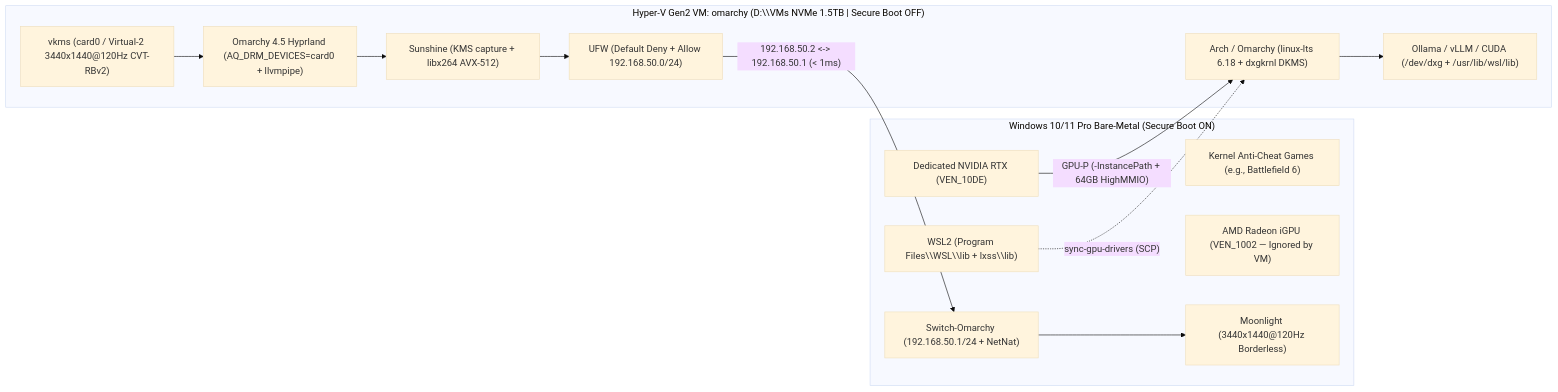
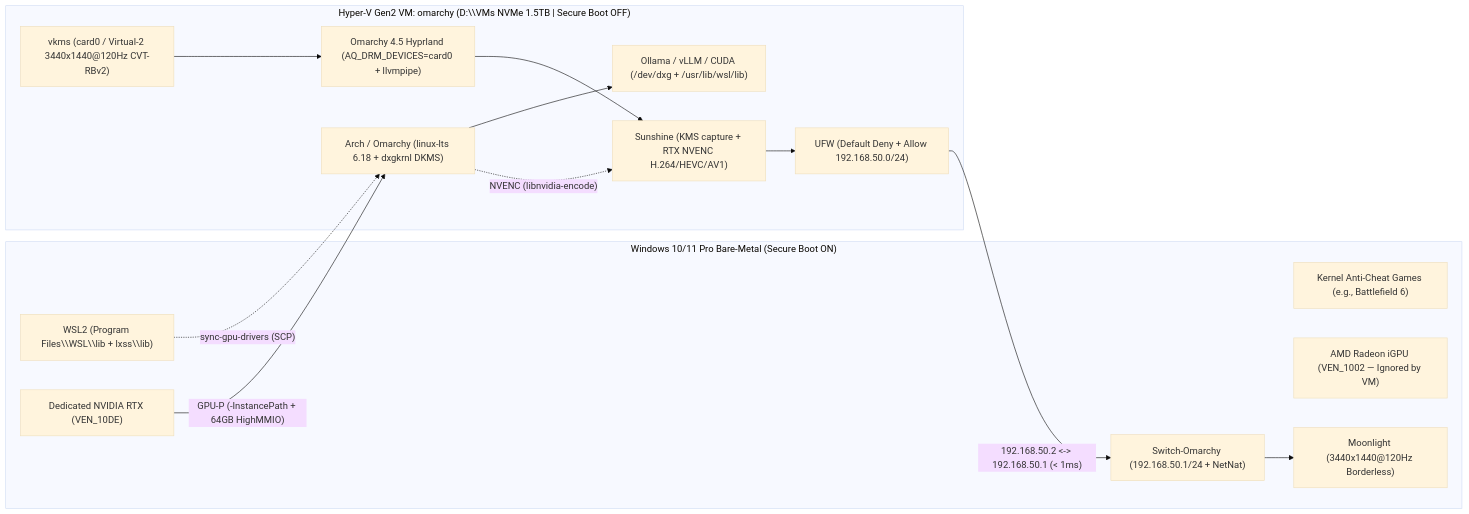
One commit to feroult/omarchy-hyperv changed the diagram in README.md. Above: the diagram before and after it, drawn with Mermaid (base theme). The commit also changed other lines of this file and 2 other files, not shown here.

Commit message:
feat: enable RTX hardware NVENC (H.264/HEVC/AV1) in Sunshine over Hyper-V GPU-P

````diff
--- a/README.md
+++ b/README.md
@@ -22,29 +22,30 @@
 ```mermaid
 flowchart LR
     subgraph Host["Windows 10/11 Pro Bare-Metal (Secure Boot ON)"]
         BF6["Kernel Anti-Cheat Games (e.g., Battlefield 6)"]
         WSL2["WSL2 (Program Files\\WSL\\lib + lxss\\lib)"]
         GPU["Dedicated NVIDIA RTX (VEN_10DE)"]
         iGPU["AMD Radeon iGPU (VEN_1002 — Ignored by VM)"]
         ML["Moonlight (3440x1440@120Hz Borderless)"]
         SW["Switch-Omarchy (192.168.50.1/24 + NetNat)"]
     end
 
     subgraph VM["Hyper-V Gen2 VM: omarchy (D:\\VMs NVMe 1.5TB | Secure Boot OFF)"]
         DXG["Arch / Omarchy (linux-lts 6.18 + dxgkrnl DKMS)"]
         LLM["Ollama / vLLM / CUDA (/dev/dxg + /usr/lib/wsl/lib)"]
         VKMS["vkms (card0 / Virtual-2 3440x1440@120Hz CVT-RBv2)"]
         OM["Omarchy 4.5 Hyprland (AQ_DRM_DEVICES=card0 + llvmpipe)"]
-        SUN["Sunshine (KMS capture + libx264 AVX-512)"]
+        SUN["Sunshine (KMS capture + RTX NVENC H.264/HEVC/AV1)"]
         UFW["UFW (Default Deny + Allow 192.168.50.0/24)"]
     end
 
     GPU -- "GPU-P (-InstancePath + 64GB HighMMIO)" --> DXG
     WSL2 -. "sync-gpu-drivers (SCP)" .-> DXG
     DXG --> LLM
+    DXG -. "NVENC (libnvidia-encode)" .-> SUN
     VKMS --> OM
     OM --> SUN
     SUN --> UFW
     UFW -- "192.168.50.2 <-> 192.168.50.1 (< 1ms)" --> SW
     SW --> ML
 ```
````
